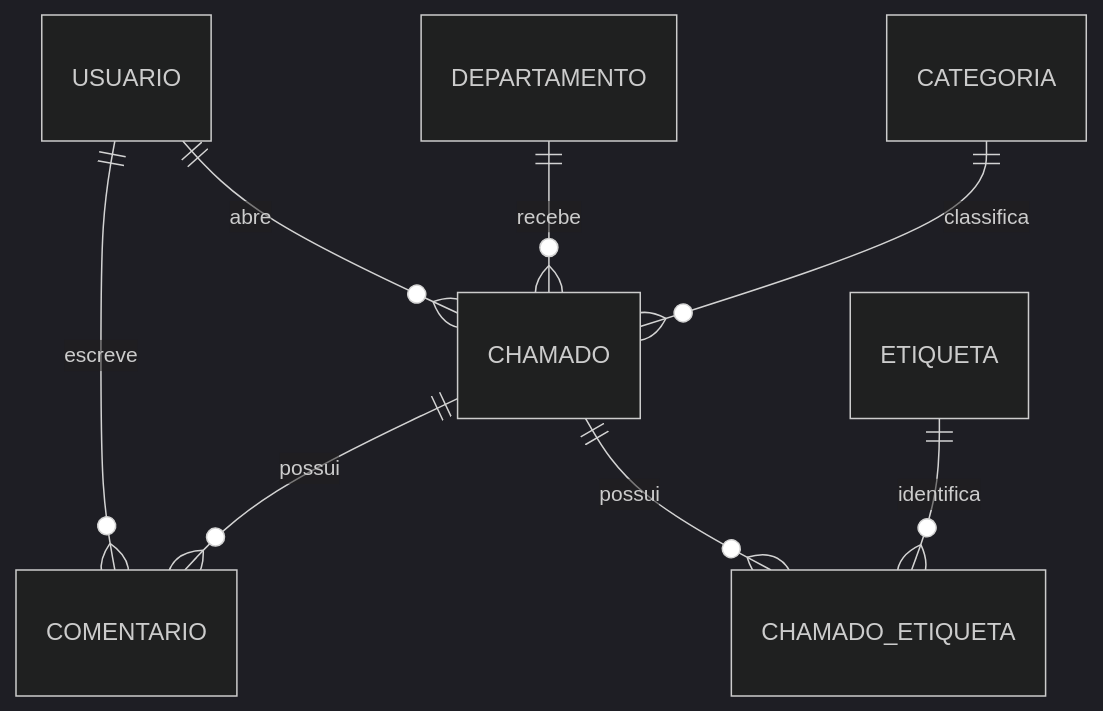
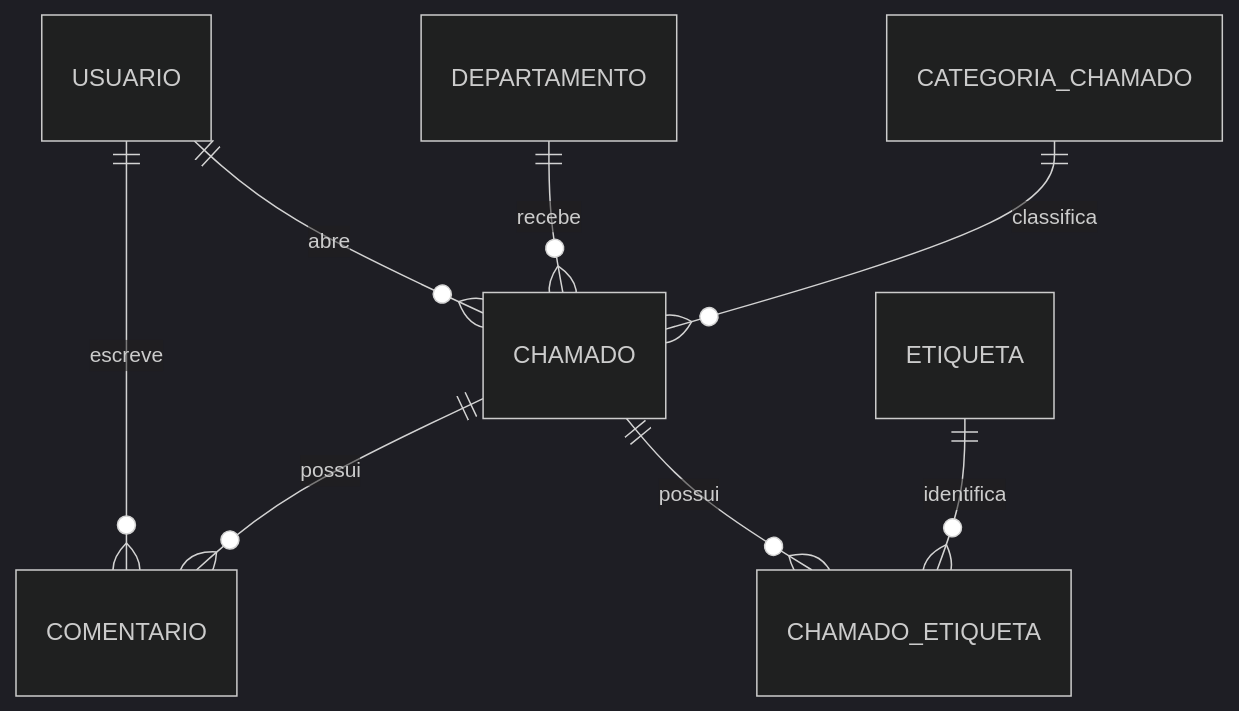
One commit to LeandraAlves/UpDesk changed the diagram in UpDesk/README.md. Above: the diagram before and after it, drawn with Mermaid (dark theme). The commit also changed other lines of this file and 57 other files, not shown here.

````diff
--- a/UpDesk/README.md
+++ b/UpDesk/README.md
@@ -135,10 +136,10 @@
 ```mermaid
 erDiagram
     USUARIO ||--o{ CHAMADO : abre
     USUARIO ||--o{ COMENTARIO : escreve
     DEPARTAMENTO ||--o{ CHAMADO : recebe
-    CATEGORIA ||--o{ CHAMADO : classifica
+    CATEGORIA_CHAMADO ||--o{ CHAMADO : classifica
     CHAMADO ||--o{ COMENTARIO : possui
     CHAMADO ||--o{ CHAMADO_ETIQUETA : possui
     ETIQUETA ||--o{ CHAMADO_ETIQUETA : identifica
 ```
````
